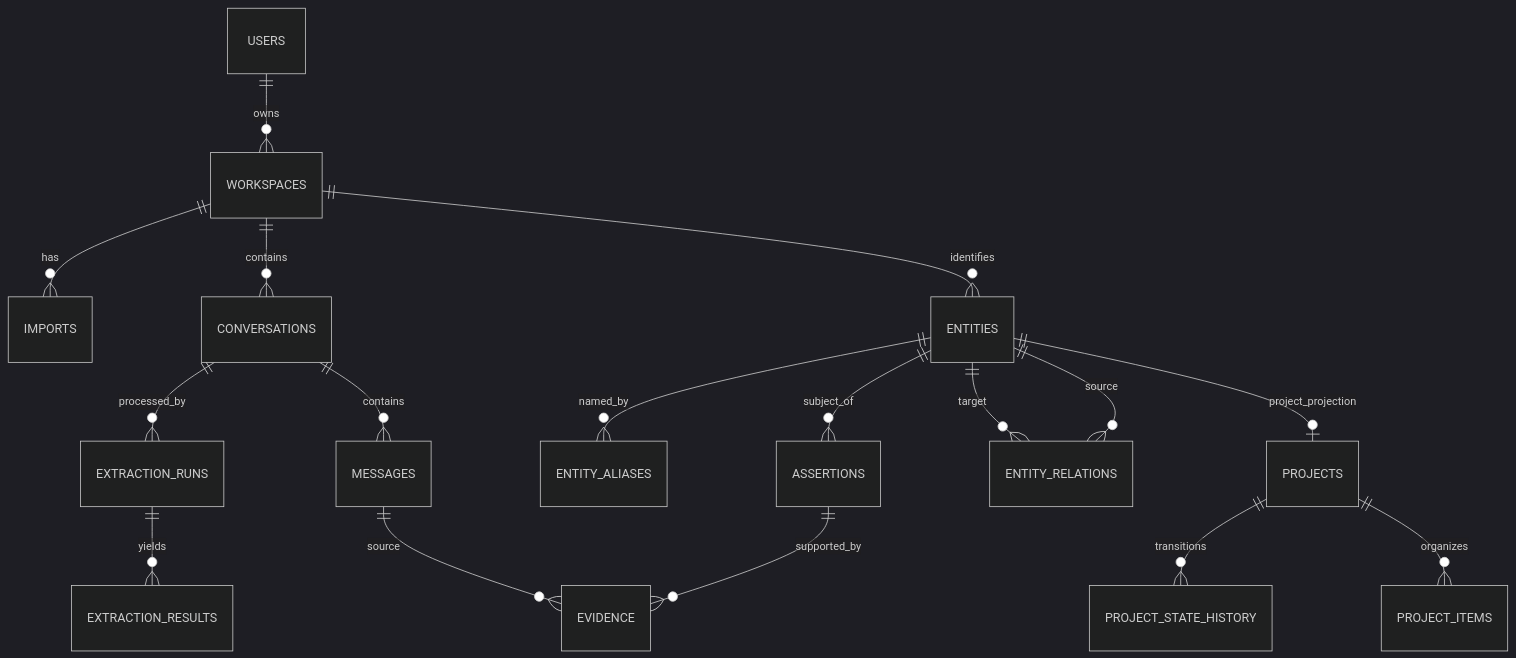
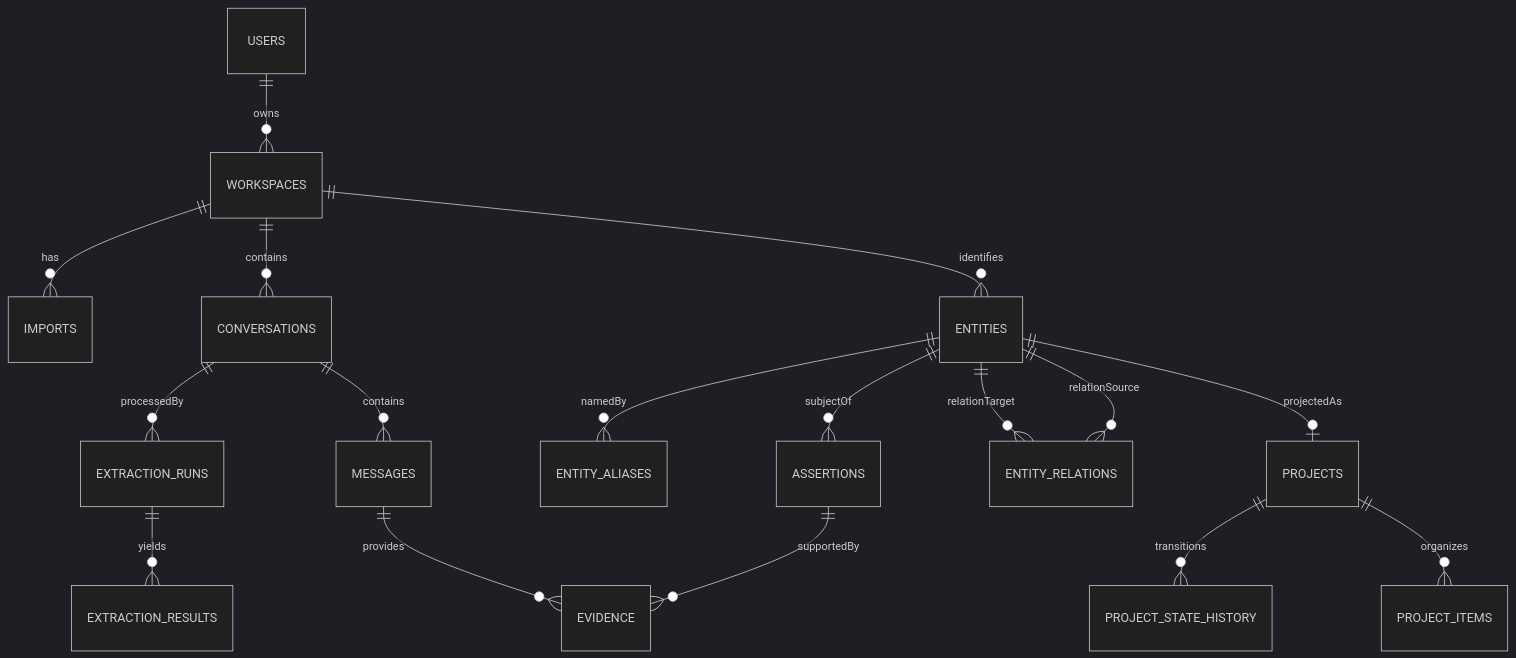
Before and after one commit to WaterMelonKnight/ContextMesh: the diagram in docs/DATA_MODEL.md, drawn with Mermaid (dark theme). The commit also changed 2 other files, not shown here.

Commit message:
Fix Mermaid diagrams in documentation

````diff
--- a/docs/DATA_MODEL.md
+++ b/docs/DATA_MODEL.md
@@ -11,19 +11,19 @@
 ```mermaid
 erDiagram
   USERS ||--o{ WORKSPACES : owns
   WORKSPACES ||--o{ IMPORTS : has
   WORKSPACES ||--o{ CONVERSATIONS : contains
   CONVERSATIONS ||--o{ MESSAGES : contains
-  CONVERSATIONS ||--o{ EXTRACTION_RUNS : processed_by
+  CONVERSATIONS ||--o{ EXTRACTION_RUNS : processedBy
   EXTRACTION_RUNS ||--o{ EXTRACTION_RESULTS : yields
   WORKSPACES ||--o{ ENTITIES : identifies
-  ENTITIES ||--o{ ENTITY_ALIASES : named_by
-  ENTITIES ||--o{ ASSERTIONS : subject_of
-  ASSERTIONS ||--o{ EVIDENCE : supported_by
-  MESSAGES ||--o{ EVIDENCE : source
-  ENTITIES ||--o{ ENTITY_RELATIONS : source
-  ENTITIES ||--o{ ENTITY_RELATIONS : target
-  ENTITIES ||--o| PROJECTS : project_projection
+  ENTITIES ||--o{ ENTITY_ALIASES : namedBy
+  ENTITIES ||--o{ ASSERTIONS : subjectOf
+  ASSERTIONS ||--o{ EVIDENCE : supportedBy
+  MESSAGES ||--o{ EVIDENCE : provides
+  ENTITIES ||--o{ ENTITY_RELATIONS : relationSource
+  ENTITIES ||--o{ ENTITY_RELATIONS : relationTarget
+  ENTITIES ||--o| PROJECTS : projectedAs
   PROJECTS ||--o{ PROJECT_STATE_HISTORY : transitions
   PROJECTS ||--o{ PROJECT_ITEMS : organizes
 ```
````
